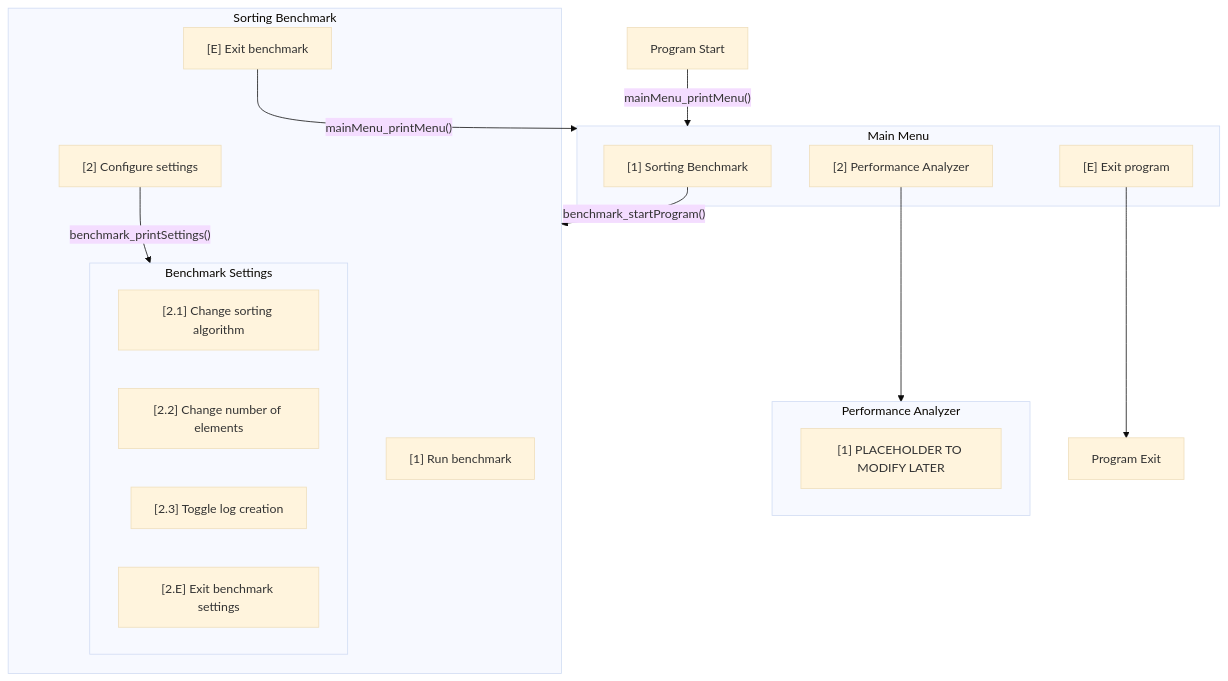
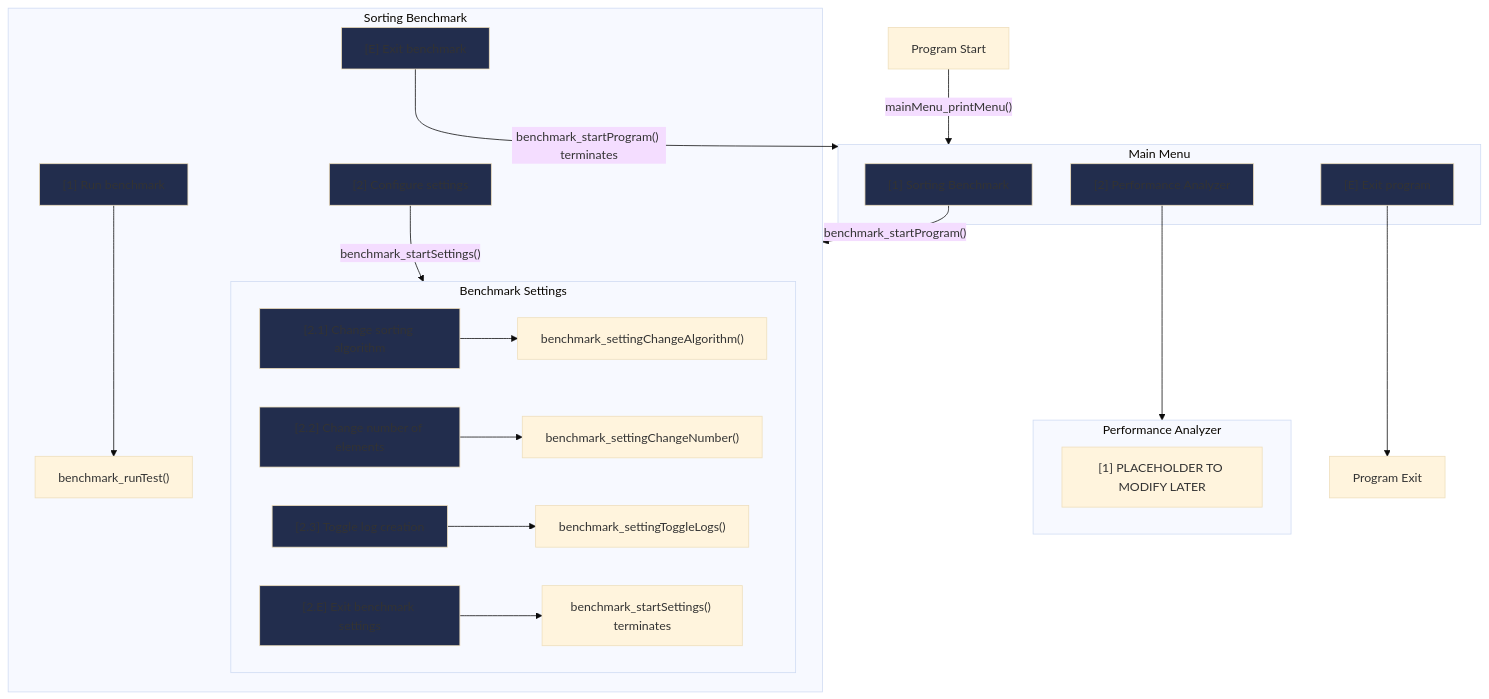
Before and after one commit to TeaFive/sortprofiler: the diagram in README.md, drawn with Mermaid (base theme).

Commit message:
Add function flow to README for Sorting Benchmark

````diff
--- a/README.md
+++ b/README.md
@@ -49,40 +49,53 @@
 ```mermaid
 flowchart TB
   S[Program Start]
   S --> |"mainMenu_printMenu()"| MM
 
   subgraph MM[Main Menu]
       %% direction TB
       MM_1["[1]" Sorting Benchmark]
       MM_2["[2]" Performance Analyzer]
       MM_E["[E]" Exit program]
   end
 
   MM_1 --> |"benchmark_startProgram()"| SB
   MM_2 --> PA
   MM_E --> E
 
   subgraph SB[Sorting Benchmark]
     %% direction TB
     SB_1["[1]" Run benchmark]
+      SB_1.1["benchmark_runTest()"]
     SB_2["[2]" Configure settings]
     SB_E["[E]" Exit benchmark]
 
     subgraph SB_BS[Benchmark Settings]
       direction LR
       SB_2.1["[2.1]" Change sorting algorithm]
+        SB_2.1.1["benchmark_settingChangeAlgorithm()"]
       SB_2.2["[2.2]" Change number of elements]
+        SB_2.2.1["benchmark_settingChangeNumber()"]
       SB_2.3["[2.3]" Toggle log creation]
+        SB_2.3.1["benchmark_settingToggleLogs()"]
       SB_2.E["[2.E]" Exit benchmark settings]
+        SB_2.E.1["benchmark_startSettings() terminates"]
     end
   end
 
-  SB_E --> |"mainMenu_printMenu()"| MM
-  SB_2 --> |"benchmark_printSettings()"| SB_BS
+  SB_1 --> SB_1.1
+  SB_2 --> |"benchmark_startSettings()"| SB_BS
+    SB_2.1 --> SB_2.1.1
+    SB_2.2 --> SB_2.2.1
+    SB_2.3 --> SB_2.3.1
+    SB_2.E --> SB_2.E.1
+  SB_E --> |"benchmark_startProgram() terminates"| MM
 
   subgraph PA[Performance Analyzer]
     PA_1["[1]" PLACEHOLDER TO MODIFY LATER]
   end
 
   E[Program Exit]
+
+  classDef menuOption fill:#222d4d
+  class MM_1,MM_2,MM_E,SB_1,SB_2,SB_2.1,SB_2.2,SB_2.3,SB_2.E,SB_E menuOption
 ```
````
